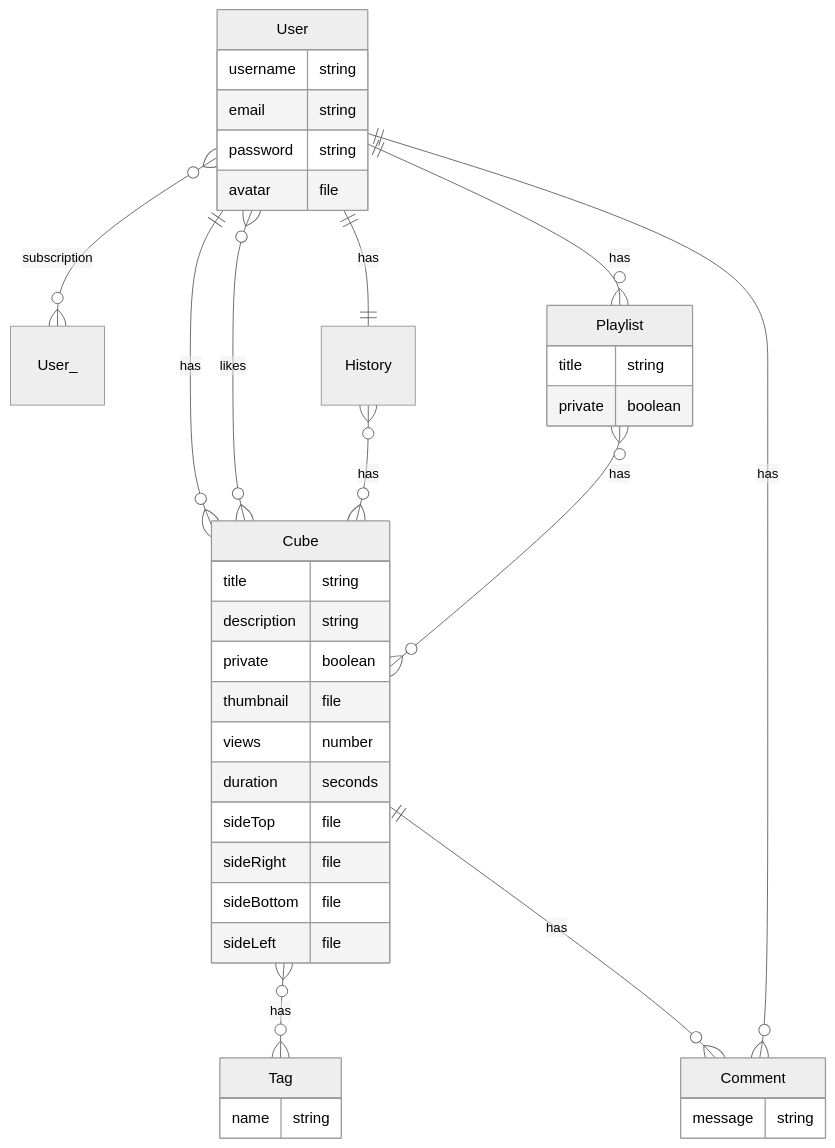
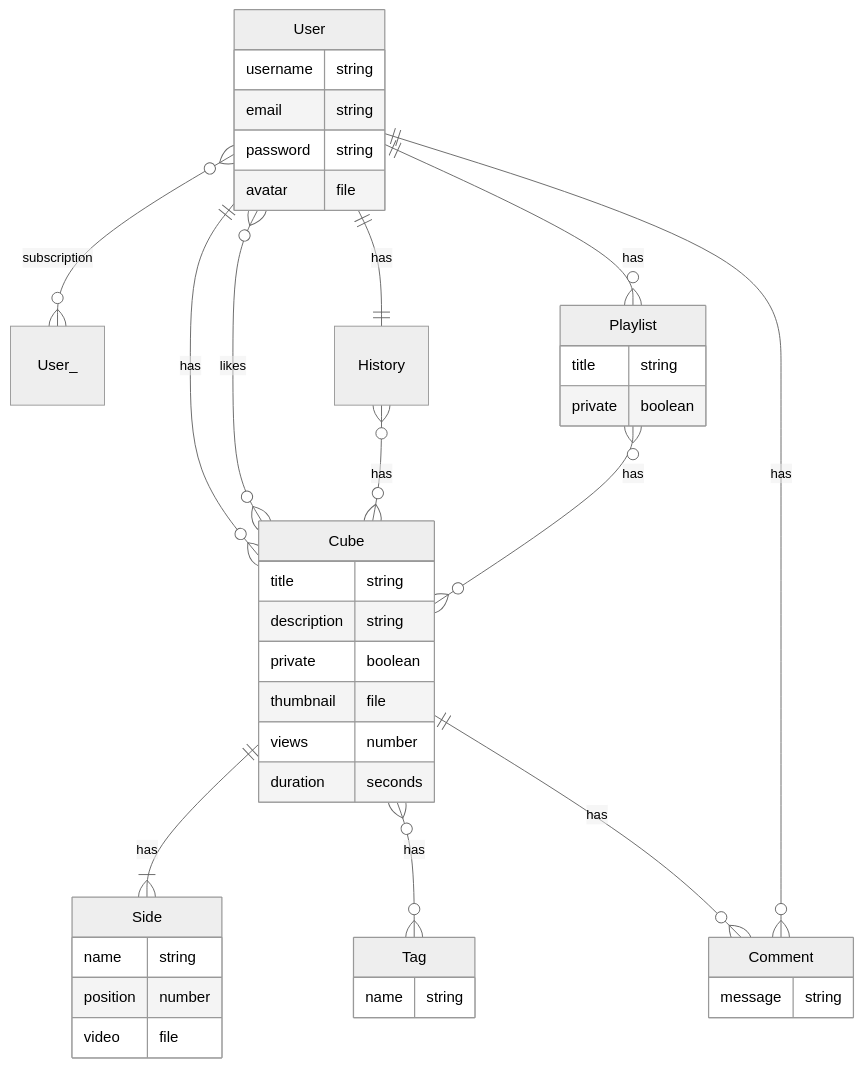
One commit to simon-jaeger/specter-backend changed the diagram in _documentation/documentation.md. Above: the diagram before and after it, drawn with Mermaid. The commit also changed 10 other files, not shown here.

````diff
--- a/_documentation/documentation.md
+++ b/_documentation/documentation.md
@@ -8,53 +8,56 @@
 ```mermaid
 %%{init: {'theme':'neutral'}}%%
 erDiagram
 
 User {
     username string
     email string
     password string
     avatar file
 }
 User_
 
 Cube {
     title string
     description string
     private boolean
     thumbnail file
     views number
     duration seconds
-    sideTop file
-    sideRight file
-    sideBottom file
-    sideLeft file
+}
+
+Side {
+    name string
+    position number
+    video file
 }
 
 Tag {
     name string
 }
 
 Comment {
     message string
 }
 
 History
 
 Playlist {
     title string
     private boolean
 }
 
 User }o--o{ User_ : "subscription"
 User ||--o{ Cube : "has"
 User }o--o{ Cube : "likes"
 User ||--|| History : "has"
 History }o--o{ Cube : "has"
 
 User ||--o{ Playlist : "has"
 Playlist }o--o{ Cube : "has"
 
+Cube ||--|{ Side : "has"
 Cube }o--o{ Tag : "has"
 Cube ||--o{ Comment : "has"
 Comment }o--|| User : "has"
 ```
````
